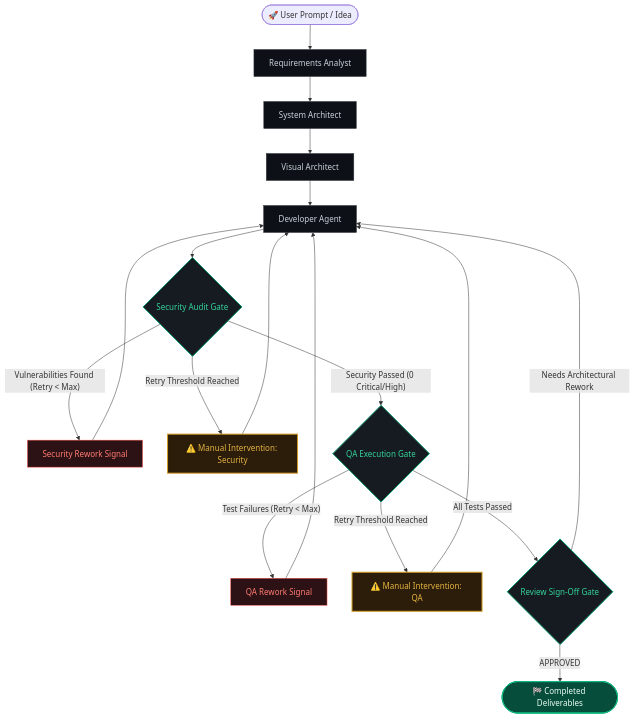
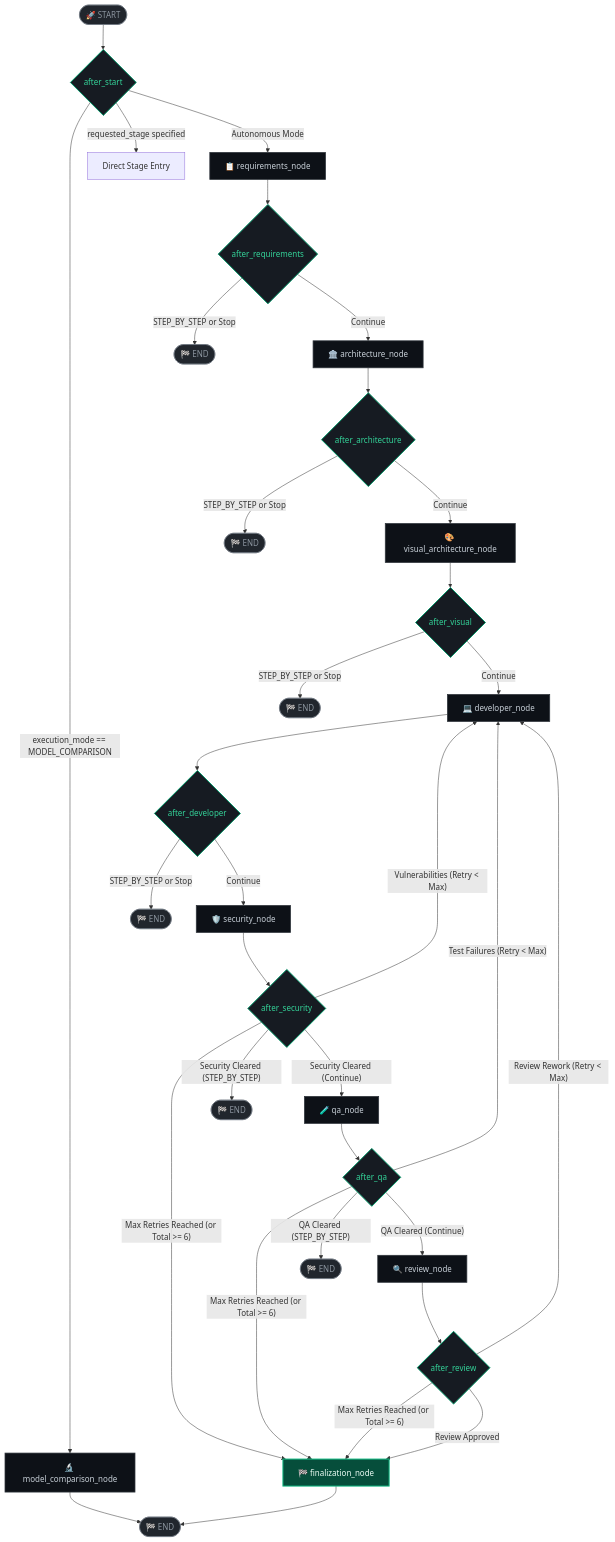
One commit to SAICHARAN1189/SDLC-AUTOMATION-WITH-AGENTS changed the first of 2 diagrams in README.md. Above: the diagram before and after it, drawn with Mermaid. The commit also changed other lines of this file and 1 other file, not shown here.

Commit message:
docs: align README and env with exact LangGraph nodes, routing, ProjectState, and Gemini/Groq model matrix

````diff
--- a/README.md
+++ b/README.md
@@ -88,40 +94,60 @@
 ```mermaid
 flowchart TD
-    START([🚀 User Prompt / Idea]) --> REQ[Requirements Analyst]
-    REQ --> ARCH[System Architect]
-    ARCH --> DIAG[Visual Architect]
-    DIAG --> DEV[Developer Agent]
+    START([🚀 START]) --> AFTER_START{after_start}
     
-    DEV --> SEC{Security Audit Gate}
+    %% Initial Routing Modes
+    AFTER_START -- "execution_mode == MODEL_COMPARISON" --> MODEL_COMP[🔬 model_comparison_node]
+    AFTER_START -- "requested_stage specified" --> JUMP_NODE[Direct Stage Entry]
+    AFTER_START -- "Autonomous Mode" --> REQ[📋 requirements_node]
     
-    SEC -- "Vulnerabilities Found (Retry < Max)" --> SEC_REWORK[Security Rework Signal]
-    SEC_REWORK --> DEV
+    %% Sequential Pipeline
+    REQ --> AFTER_REQ{after_requirements}
+    AFTER_REQ -- "STEP_BY_STEP or Stop" --> END_STOP1([🏁 END])
+    AFTER_REQ -- "Continue" --> ARCH[🏛️ architecture_node]
     
-    SEC -- "Retry Threshold Reached" --> HITL_SEC[⚠️ Manual Intervention: Security]
-    HITL_SEC --> DEV
+    ARCH --> AFTER_ARCH{after_architecture}
+    AFTER_ARCH -- "STEP_BY_STEP or Stop" --> END_STOP2([🏁 END])
+    AFTER_ARCH -- "Continue" --> VISUAL[🎨 visual_architecture_node]
     
-    SEC -- "Security Passed (0 Critical/High)" --> QA{QA Execution Gate}
+    VISUAL --> AFTER_VISUAL{after_visual}
+    AFTER_VISUAL -- "STEP_BY_STEP or Stop" --> END_STOP3([🏁 END])
+    AFTER_VISUAL -- "Continue" --> DEV[💻 developer_node]
     
-    QA -- "Test Failures (Retry < Max)" --> QA_REWORK[QA Rework Signal]
-    QA_REWORK --> DEV
+    DEV --> AFTER_DEV{after_developer}
+    AFTER_DEV -- "STEP_BY_STEP or Stop" --> END_STOP4([🏁 END])
+    AFTER_DEV -- "Continue" --> SEC[🛡️ security_node]
     
-    QA -- "Retry Threshold Reached" --> HITL_QA[⚠️ Manual Intervention: QA]
-    HITL_QA --> DEV
+    %% Security Quality Gate
+    SEC --> AFTER_SEC{after_security}
+    AFTER_SEC -- "Vulnerabilities (Retry < Max)" --> DEV
+    AFTER_SEC -- "Max Retries Reached (or Total >= 6)" --> FINALIZE[🏁 finalization_node]
+    AFTER_SEC -- "Security Cleared (STEP_BY_STEP)" --> END_STOP5([🏁 END])
+    AFTER_SEC -- "Security Cleared (Continue)" --> QA[🧪 qa_node]
     
-    QA -- "All Tests Passed" --> REV{Review Sign-Off Gate}
+    %% QA Quality Gate
+    QA --> AFTER_QA{after_qa}
+    AFTER_QA -- "Test Failures (Retry < Max)" --> DEV
+    AFTER_QA -- "Max Retries Reached (or Total >= 6)" --> FINALIZE
+    AFTER_QA -- "QA Cleared (STEP_BY_STEP)" --> END_STOP6([🏁 END])
+    AFTER_QA -- "QA Cleared (Continue)" --> REV[🔍 review_node]
     
-    REV -- "Needs Architectural Rework" --> DEV
-    REV -- "APPROVED" --> FINALIZE([🏁 Completed Deliverables])
+    %% Review Quality Gate
+    REV --> AFTER_REV{after_review}
+    AFTER_REV -- "Review Rework (Retry < Max)" --> DEV
+    AFTER_REV -- "Max Retries Reached (or Total >= 6)" --> FINALIZE
+    AFTER_REV -- "Review Approved" --> FINALIZE
+    
+    %% Finalization
+    MODEL_COMP --> FINAL_END([🏁 END])
+    FINALIZE --> FINAL_END
 
-    classDef agent fill:#0d1117,stroke:#30363d,stroke-width:1px,color:#c9d1d9;
-    classDef gate fill:#161b22,stroke:#059669,stroke-width:2px,color:#34d399;
-    classDef rework fill:#2d1215,stroke:#f85149,stroke-width:1px,color:#ff7b72;
-    classDef hitl fill:#2c1c0a,stroke:#d29922,stroke-width:2px,color:#e3b341;
-    classDef finish fill:#064e3b,stroke:#10b981,stroke-width:2px,color:#ecfdf5;
+    classDef agentNode fill:#0d1117,stroke:#30363d,stroke-width:1.5px,color:#c9d1d9;
+    classDef routerNode fill:#161b22,stroke:#059669,stroke-width:2px,color:#34d399;
+    classDef finalizeNode fill:#064e3b,stroke:#10b981,stroke-width:2px,color:#ecfdf5;
+    classDef endNode fill:#21262d,stroke:#6e7681,stroke-width:1px,color:#8b949e;
 
-    class REQ,ARCH,DIAG,DEV agent;
-    class SEC,QA,REV gate;
-    class SEC_REWORK,QA_REWORK rework;
-    class HITL_SEC,HITL_QA hitl;
-    class FINALIZE finish;
+    class REQ,ARCH,VISUAL,DEV,SEC,QA,REV,MODEL_COMP agentNode;
+    class AFTER_START,AFTER_REQ,AFTER_ARCH,AFTER_VISUAL,AFTER_DEV,AFTER_SEC,AFTER_QA,AFTER_REV routerNode;
+    class FINALIZE finalizeNode;
+    class START,FINAL_END,END_STOP1,END_STOP2,END_STOP3,END_STOP4,END_STOP5,END_STOP6 endNode;
 ```
````
